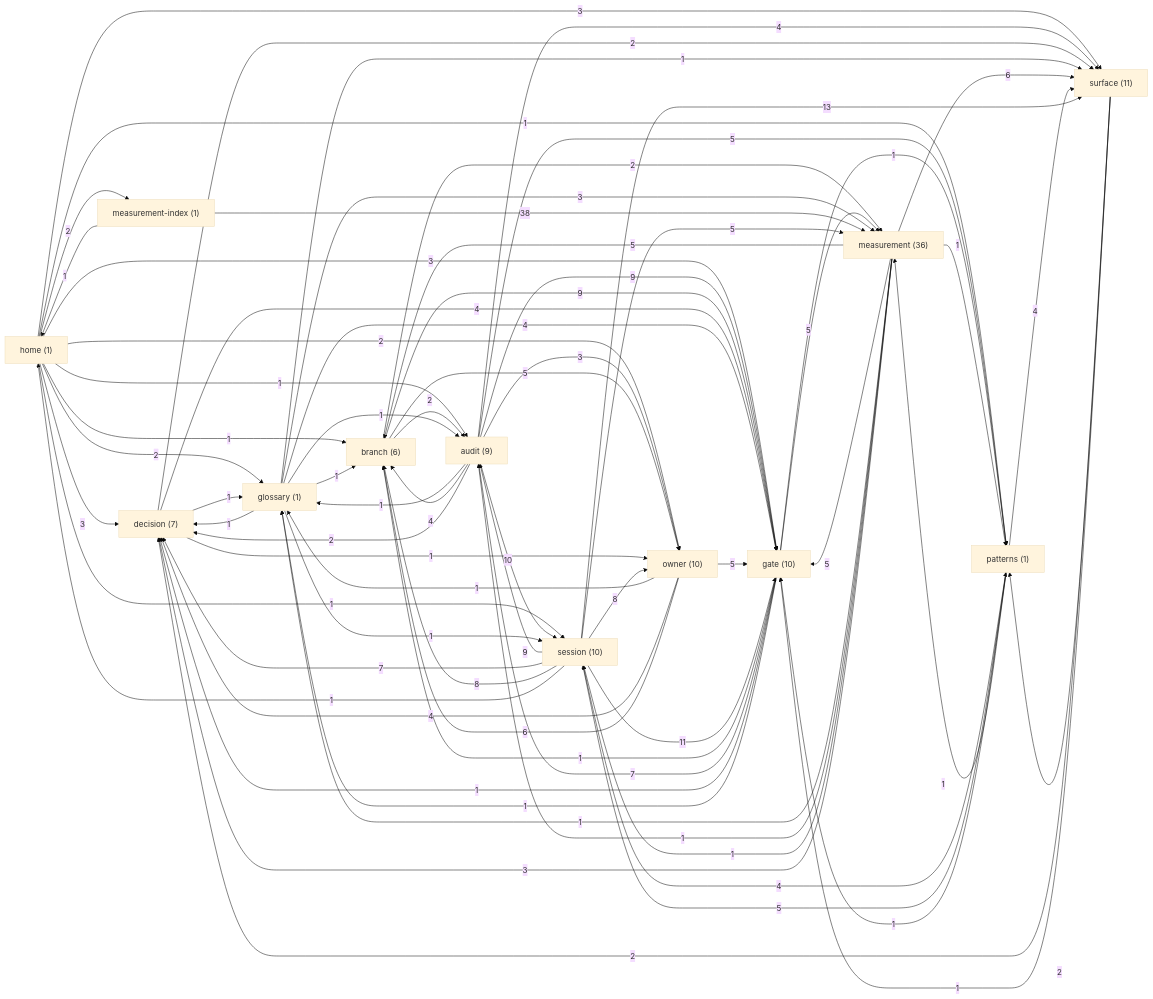
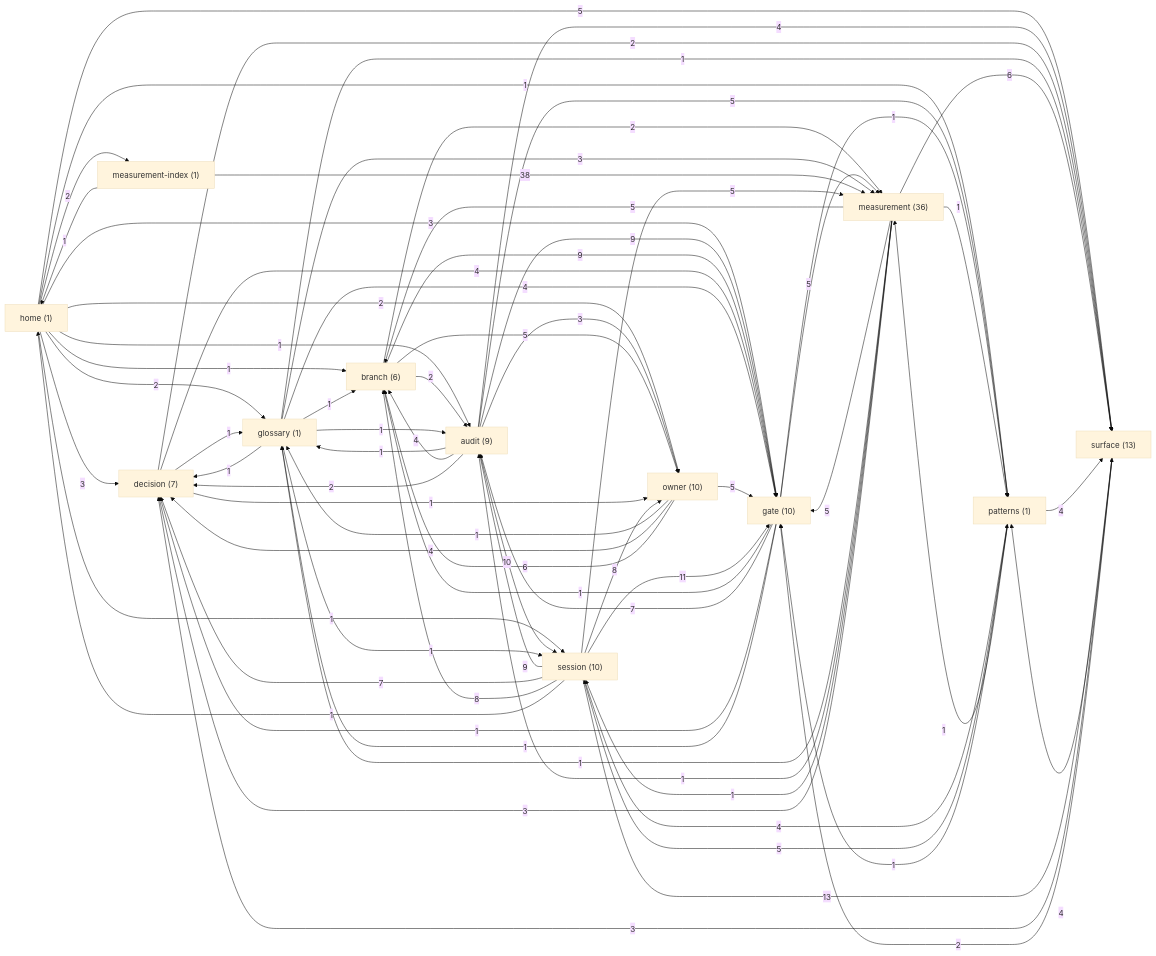
The diagram in docs/brain/GRAPH.md (sergey9519546/STORYMACHINE), drawn with Mermaid (base theme) before and after one commit. The commit also changed other lines of this file and 9 other files, not shown here.

````diff
--- a/docs/brain/GRAPH.md
+++ b/docs/brain/GRAPH.md
@@ -19,13 +19,13 @@
   owner["owner (10)"]
   patterns["patterns (1)"]
   session["session (10)"]
-  surface["surface (11)"]
+  surface["surface (13)"]
   home -->|3| decision
   home -->|2| glossary
   home -->|3| gate
   home -->|2| measurement_index
   home -->|2| owner
-  home -->|3| surface
+  home -->|5| surface
   home -->|1| session
   home -->|1| audit
   home -->|1| branch
@@ -86,7 +86,7 @@
   session -->|1| home
   session -->|4| patterns
   session -->|8| owner
-  surface -->|2| decision
-  surface -->|2| patterns
-  surface -->|1| gate
+  surface -->|4| patterns
+  surface -->|3| decision
+  surface -->|2| gate
 ```
````
